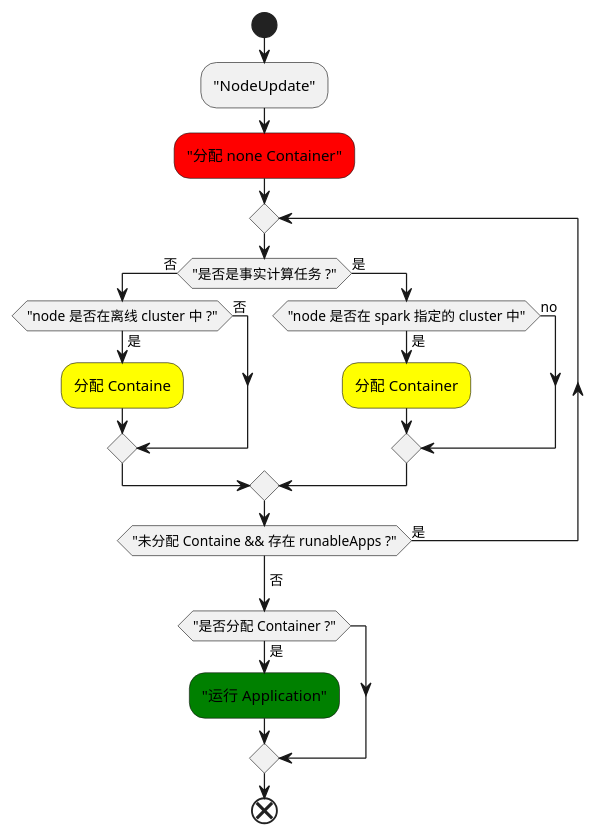
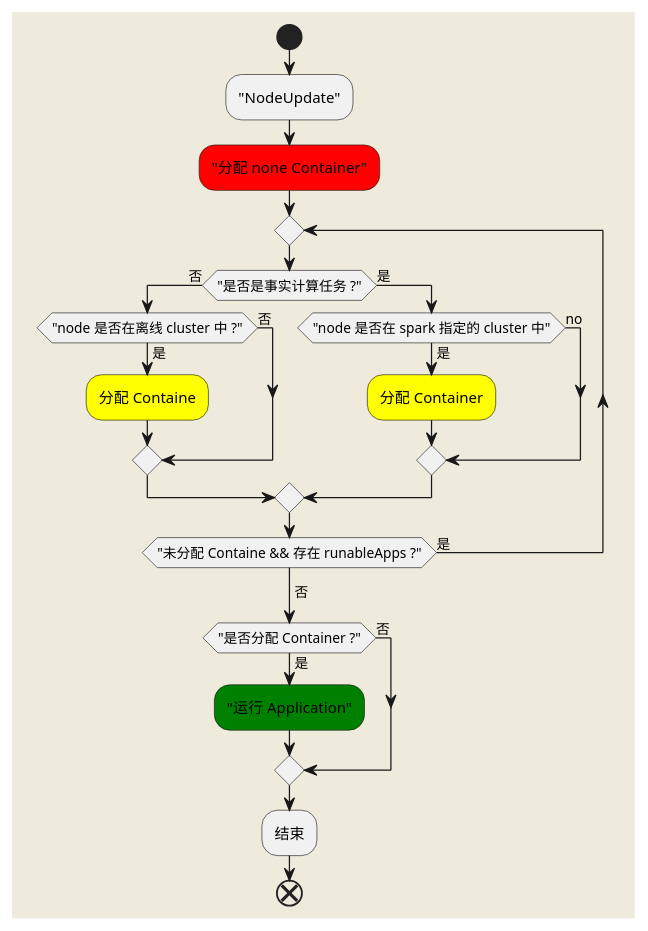
One commit to coldvmoon/coldvmoon.github.io changed the second of 2 diagrams in org/2017-03-27-knowledge-of-yarn.org. Above: the diagram before and after it, drawn with PlantUML. The commit also changed other lines of this file and 2 other files, not shown here.

```diff
--- a/org/2017-03-27-knowledge-of-yarn.org
+++ b/org/2017-03-27-knowledge-of-yarn.org
@@ -69,23 +73,26 @@
-#+BEGIN_SRC  plantuml :file ../images/yarn-insulate-with-streaming-and-mapreduce.png :cmdline -charset UTF-8
+   #+BEGIN_SRC  plantuml :file ../images/yarn-insulate-with-streaming-and-mapreduce.png :cmdline -charset UTF-8
+  skinparam backgroundColor #EEEBDC
 start
 :"NodeUpdate";
 #red:"分配 none Container";
 repeat
     if ("是否是事实计算任务 ?") then (否)
          if ("node 是否在离线 cluster 中 ?") then (是)
             #yellow:分配 Containe;
         else (否)
         endif 
     else (是)
         if ("node 是否在 spark 指定的 cluster 中") then (是)
            #yellow:分配 Container;
         else (no)
         endif
     endif
 repeat while ("未分配 Containe && 存在 runableApps ?") is (是)
 ->否;
 if ("是否分配 Container ?") then (是)
 #green:"运行 Application";
+else (否)
 endif
+:结束;
 end
-#+END_SRC
+   #+END_SRC
```
